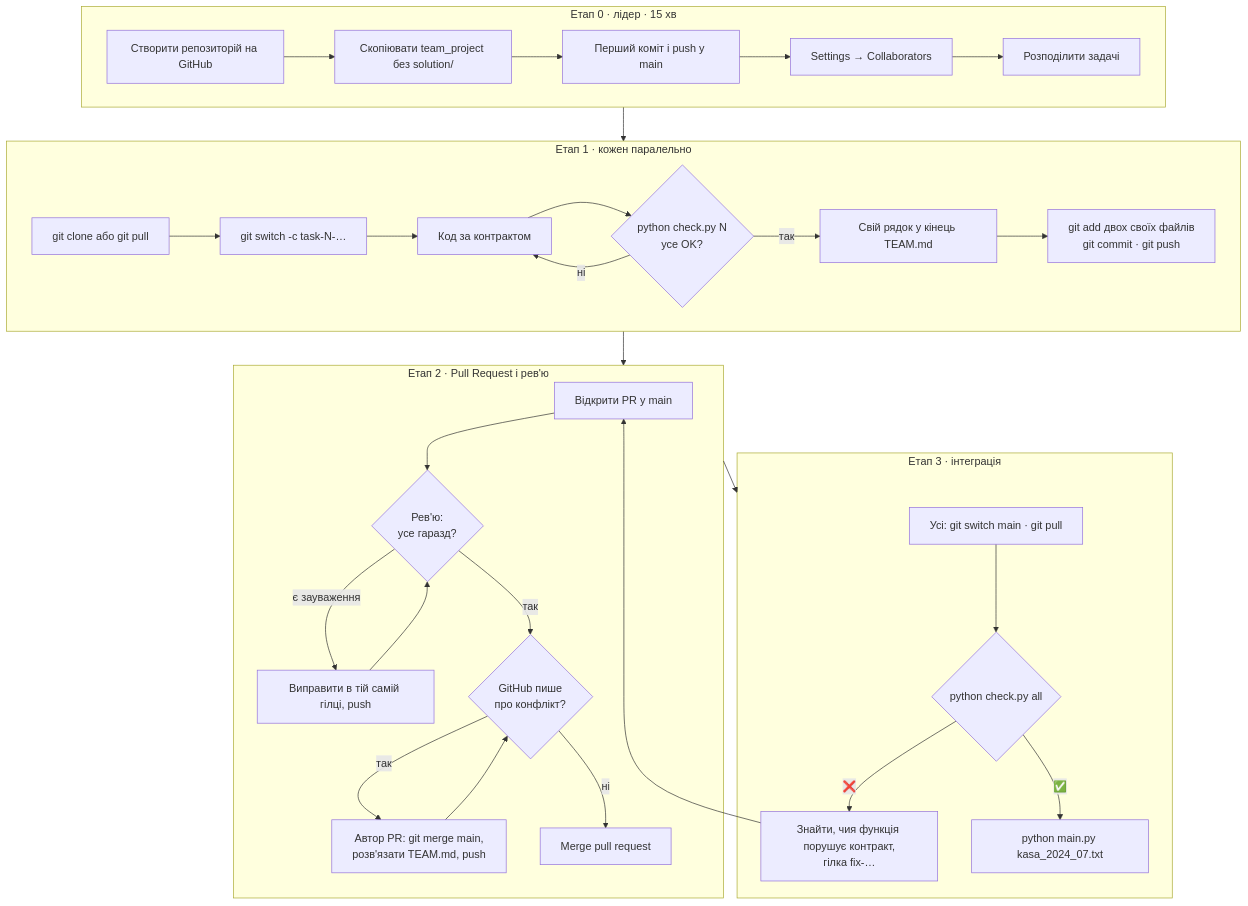
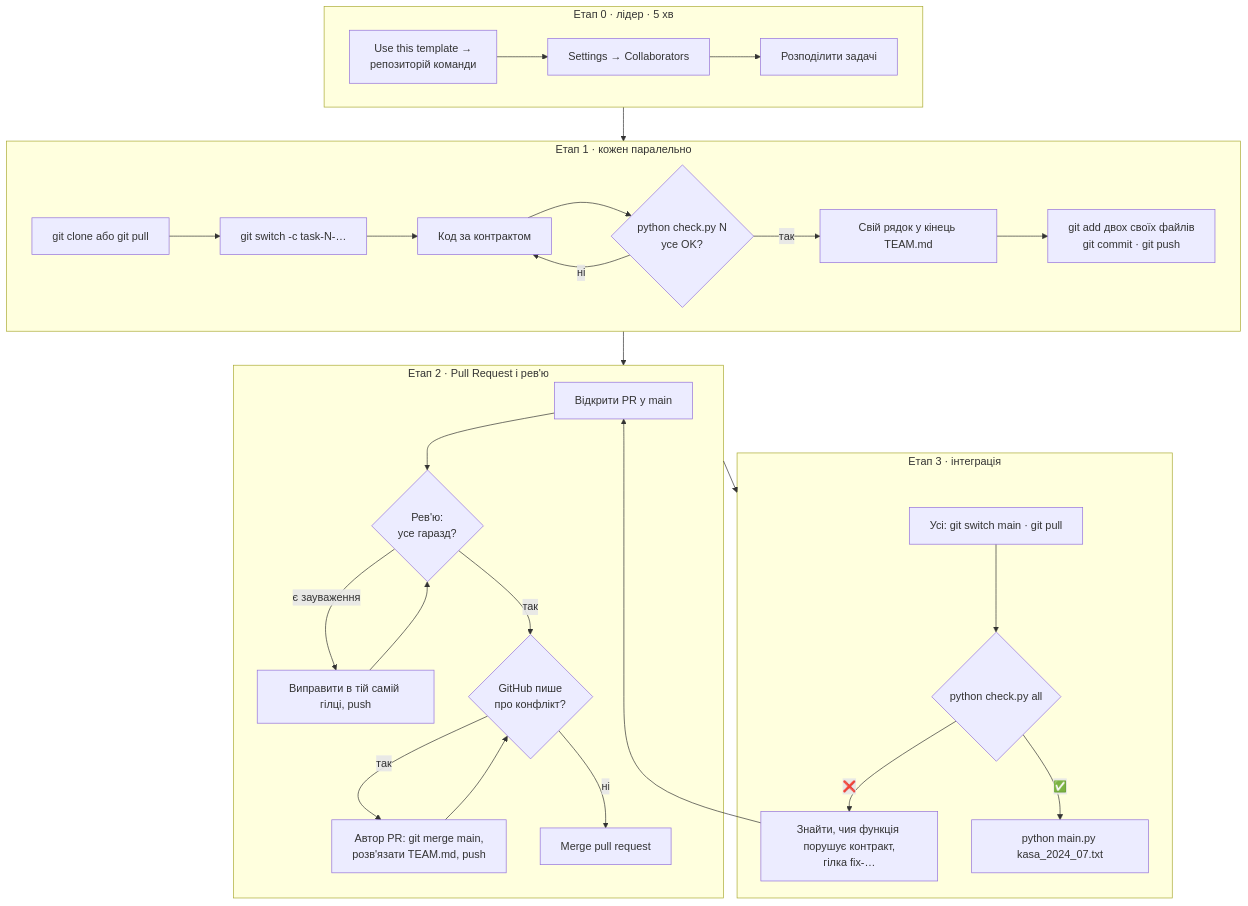
The fifth of 14 diagrams in module_1/lessons/lesson_16_git_github_system/team_project/TEAM.md (AlinaRadchenko/PY-Course-Victor-Nikoriak-22-09-2026), drawn with Mermaid before and after one commit. The commit also changed other lines of this file and 1 other file, not shown here.

Commit message:
Lesson 16 team_project: template-repo workflow, absolute lesson links

````diff
--- a/module_1/lessons/lesson_16_git_github_system/team_project/TEAM.md
+++ b/module_1/lessons/lesson_16_git_github_system/team_project/TEAM.md
@@ -307,33 +307,31 @@
 ```mermaid
 flowchart TD
-    subgraph E0["Етап 0 · лідер · 15 хв"]
-        A1["Створити репозиторій на GitHub"] --> A2["Скопіювати team_project без solution/"]
-        A2 --> A3["Перший коміт і push у main"]
-        A3 --> A4["Settings → Collaborators"]
+    subgraph E0["Етап 0 · лідер · 5 хв"]
+        A1["Use this template →<br/>репозиторій команди"] --> A4["Settings → Collaborators"]
         A4 --> A5["Розподілити задачі"]
     end
     subgraph E1["Етап 1 · кожен паралельно"]
         B1["git clone або git pull"] --> B2["git switch -c task-N-…"]
         B2 --> B3["Код за контрактом"]
         B3 --> B4{"python check.py N<br/>усе OK?"}
         B4 -- ні --> B3
         B4 -- так --> B5["Свій рядок у кінець TEAM.md"]
         B5 --> B6["git add двох своїх файлів<br/>git commit · git push"]
     end
     subgraph E2["Етап 2 · Pull Request і рев'ю"]
         C1["Відкрити PR у main"] --> C2{"Рев'ю:<br/>усе гаразд?"}
         C2 -- "є зауваження" --> C3["Виправити в тій самій гілці, push"]
         C3 --> C2
         C2 -- так --> C4{"GitHub пише<br/>про конфлікт?"}
         C4 -- так --> C5["Автор PR: git merge main,<br/>розв'язати TEAM.md, push"]
         C5 --> C4
         C4 -- ні --> C6["Merge pull request"]
     end
     subgraph E3["Етап 3 · інтеграція"]
         D1["Усі: git switch main · git pull"] --> D2{"python check.py all"}
         D2 -- "❌" --> D3["Знайти, чия функція порушує контракт,<br/>гілка fix-…"]
         D3 --> C1
         D2 -- "✅" --> D4["python main.py kasa_2024_07.txt"]
     end
     E0 --> E1 --> E2 --> E3
 ```
````
